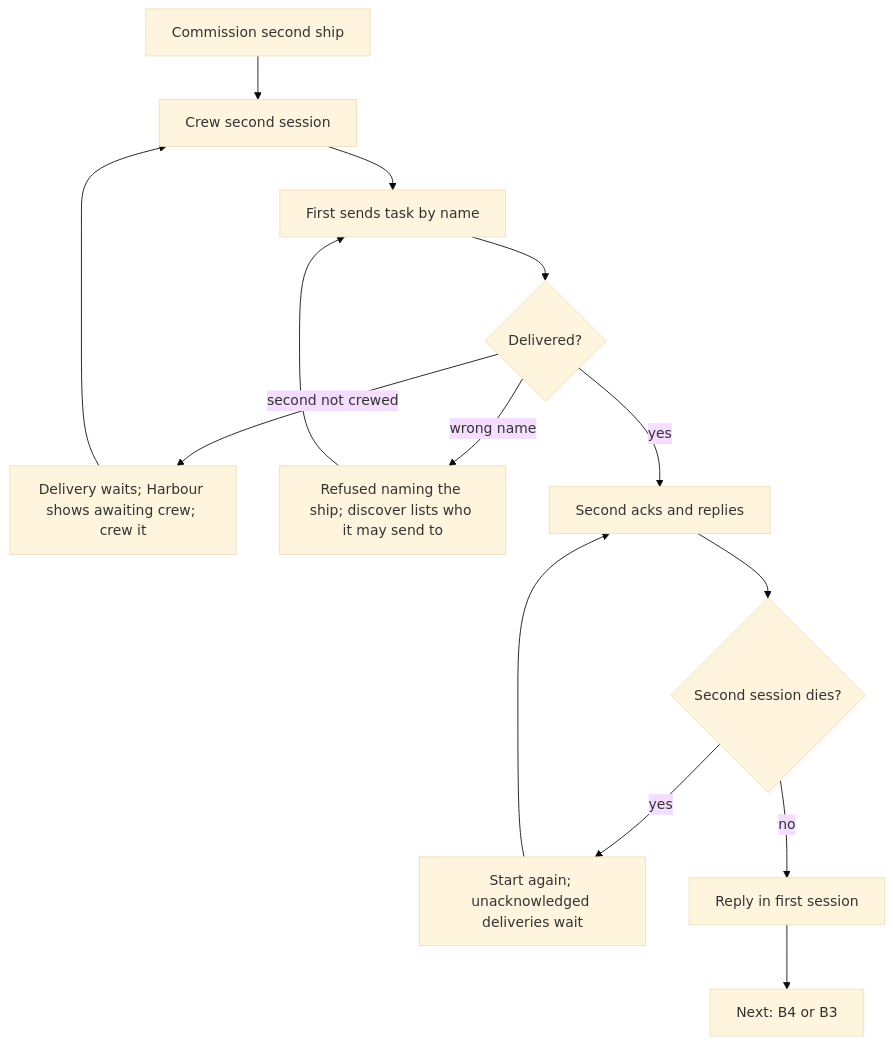
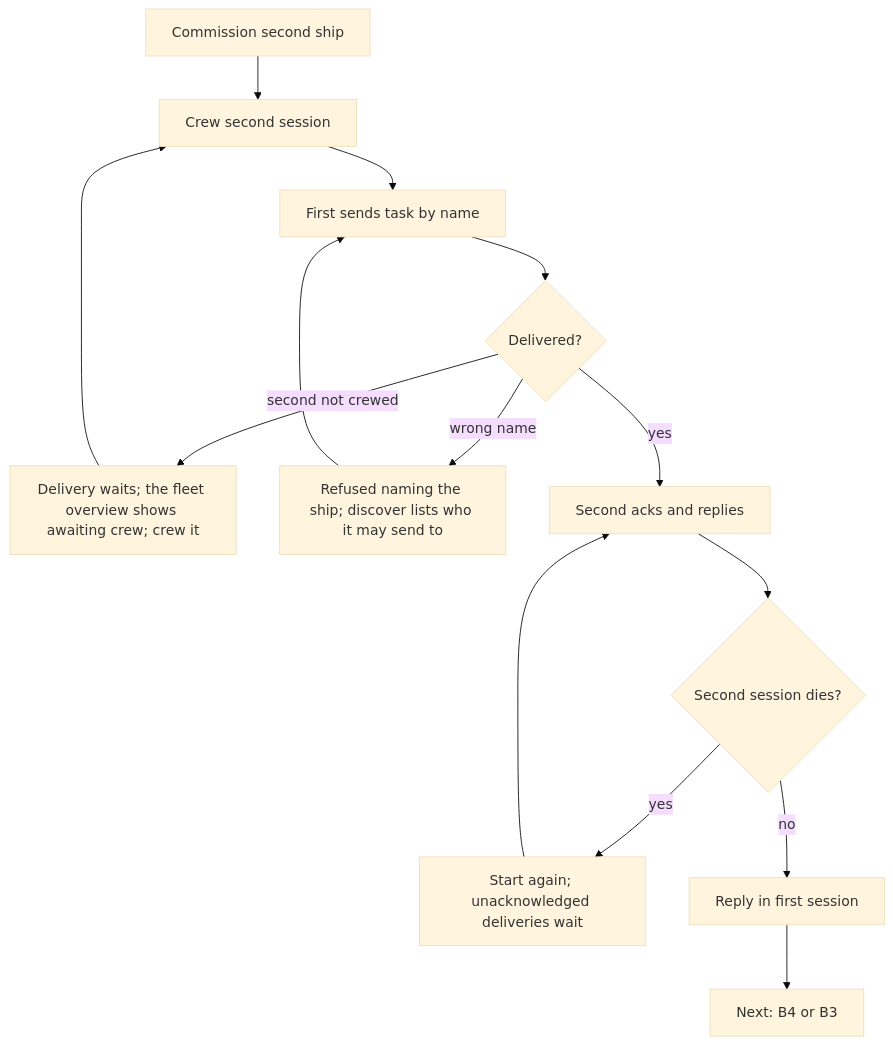
Before and after one commit to ThomasHendrickx/aeolus-fleet: the third of 9 diagrams in docs/design/hosted-onboarding/README.md, drawn with Mermaid (base theme). The commit also changed other lines of this file, not shown here.

````diff
--- a/docs/design/hosted-onboarding/README.md
+++ b/docs/design/hosted-onboarding/README.md
@@ -164,13 +174,13 @@
 ```mermaid
 flowchart TD
     a[Commission second ship] --> b[Crew second session]
     b --> c[First sends task by name]
     c --> d{Delivered?}
-    d -->|second not crewed| d1[Delivery waits; Harbour shows awaiting crew; crew it] --> b
+    d -->|second not crewed| d1[Delivery waits; the fleet overview shows awaiting crew; crew it] --> b
     d -->|wrong name| d2[Refused naming the ship; discover lists who it may send to] --> c
     d -->|yes| e[Second acks and replies]
     e --> f{Second session dies?}
     f -->|yes| g[Start again; unacknowledged deliveries wait] --> e
     f -->|no| h[Reply in first session]
     h --> i[Next: B4 or B3]
 ```
````
